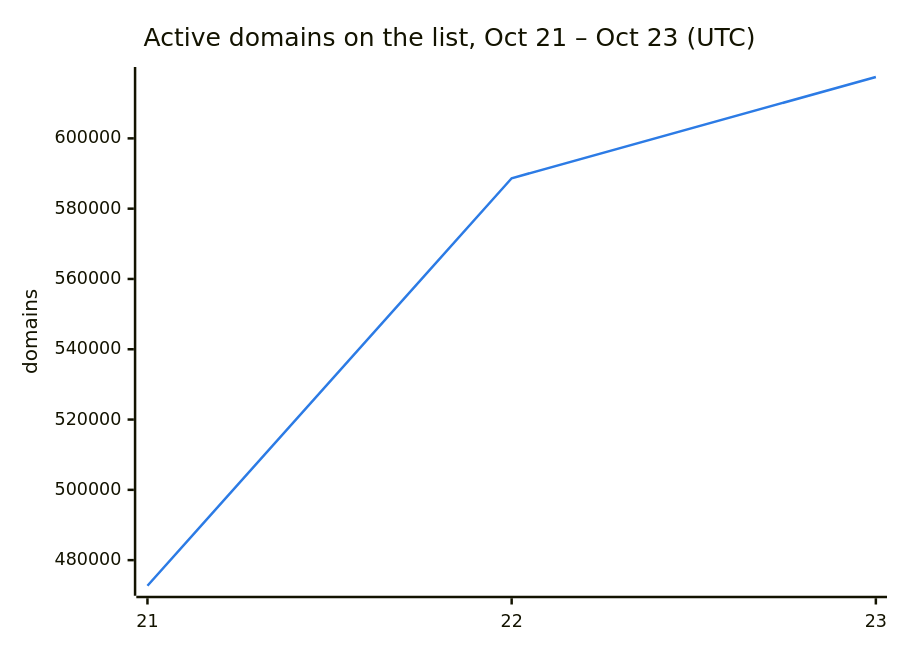
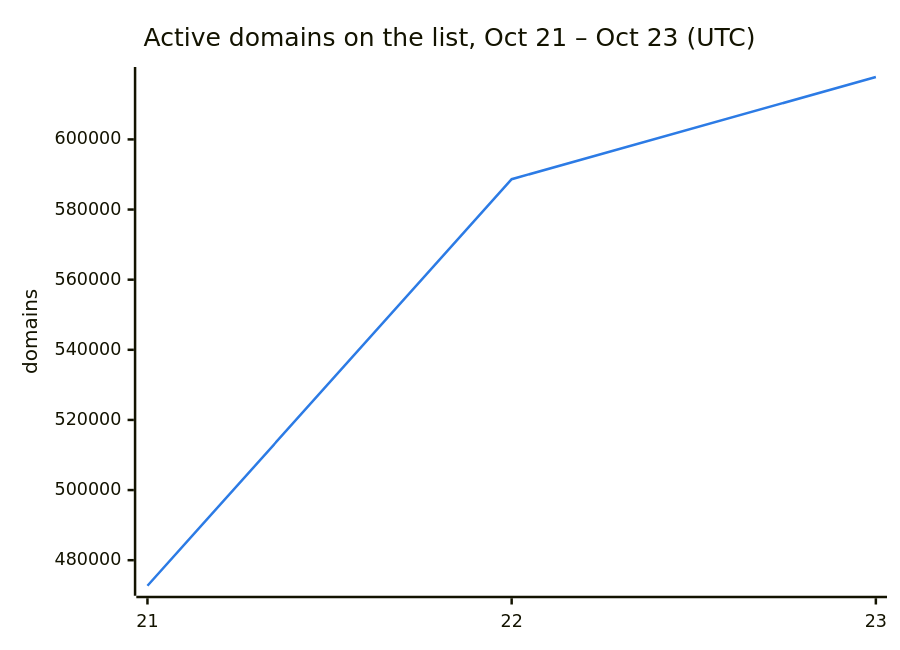
One commit to DNSBunker/CTI changed the second of 3 diagrams in README.md. Above: the diagram before and after it, drawn with Mermaid. The commit also changed other lines of this file and 3 other files, not shown here.

````diff
--- a/README.md
+++ b/README.md
@@ -38,8 +38,8 @@
 ```mermaid
 %%{init: {"themeVariables": {"xyChart": {"plotColorPalette": "#2c7be5"}}}}%%
 xychart-beta
     title "Active domains on the list, Oct 21 – Oct 23 (UTC)"
     x-axis ["21", "22", "23"]
     y-axis "domains"
-    line [472713, 588659, 617461]
+    line [472713, 588659, 617797]
 ```
````
